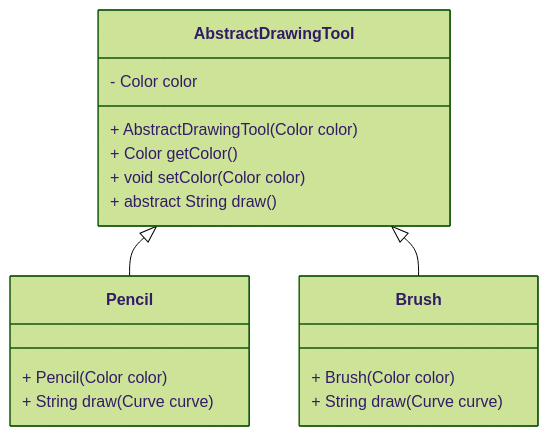
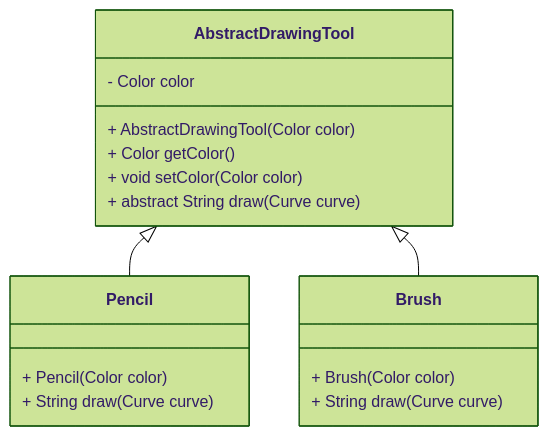
The fourth of 7 diagrams in slides/E3.3 - Java Classes (Interfaces, abstract classes).md (nbicocchi/learn-java-core), drawn with Mermaid (forest theme) before and after one commit. The commit also changed other lines of this file, not shown here.

````diff
--- a/slides/E3.3 - Java Classes (Interfaces, abstract classes).md
+++ b/slides/E3.3 - Java Classes (Interfaces, abstract classes).md
@@ -337,23 +376,23 @@
 ```mermaid
 classDiagram
    class AbstractDrawingTool {
       - Color color
       + AbstractDrawingTool(Color color)
       + Color getColor()
       + void setColor(Color color)
-      + abstract String draw()
+      + abstract String draw(Curve curve)
    }
 
    class Pencil {
       + Pencil(Color color)
       + String draw(Curve curve)
    }
 
    class Brush {
       + Brush(Color color)
       + String draw(Curve curve)
    }
 
    AbstractDrawingTool <|-- Pencil
    AbstractDrawingTool <|-- Brush
 ```
````
